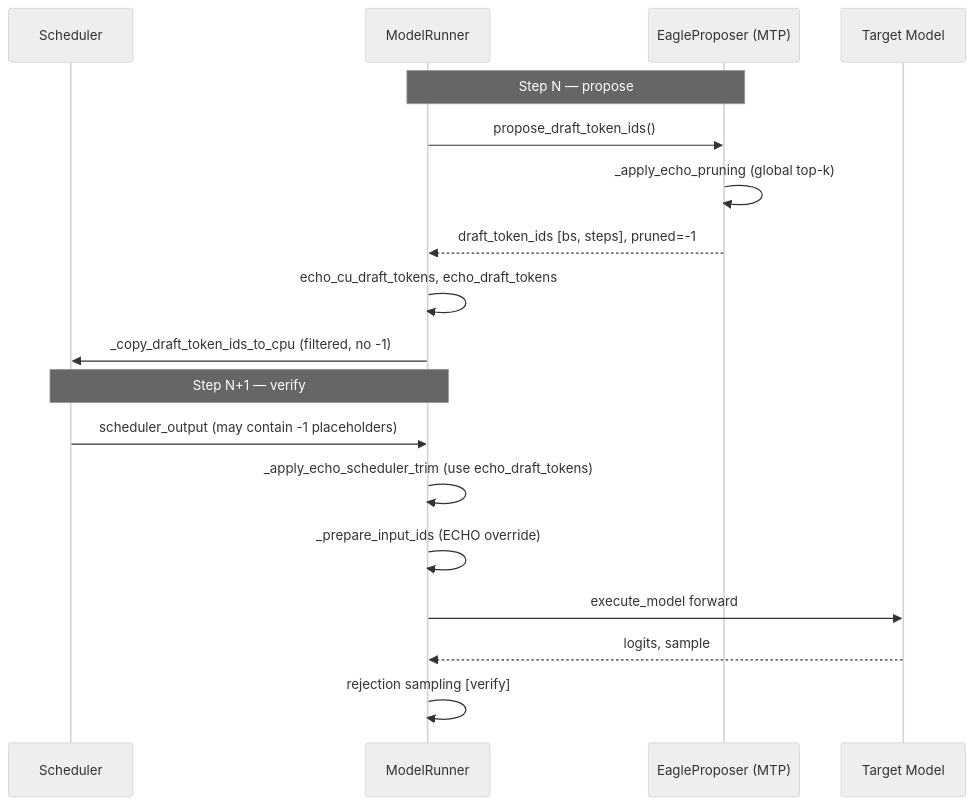
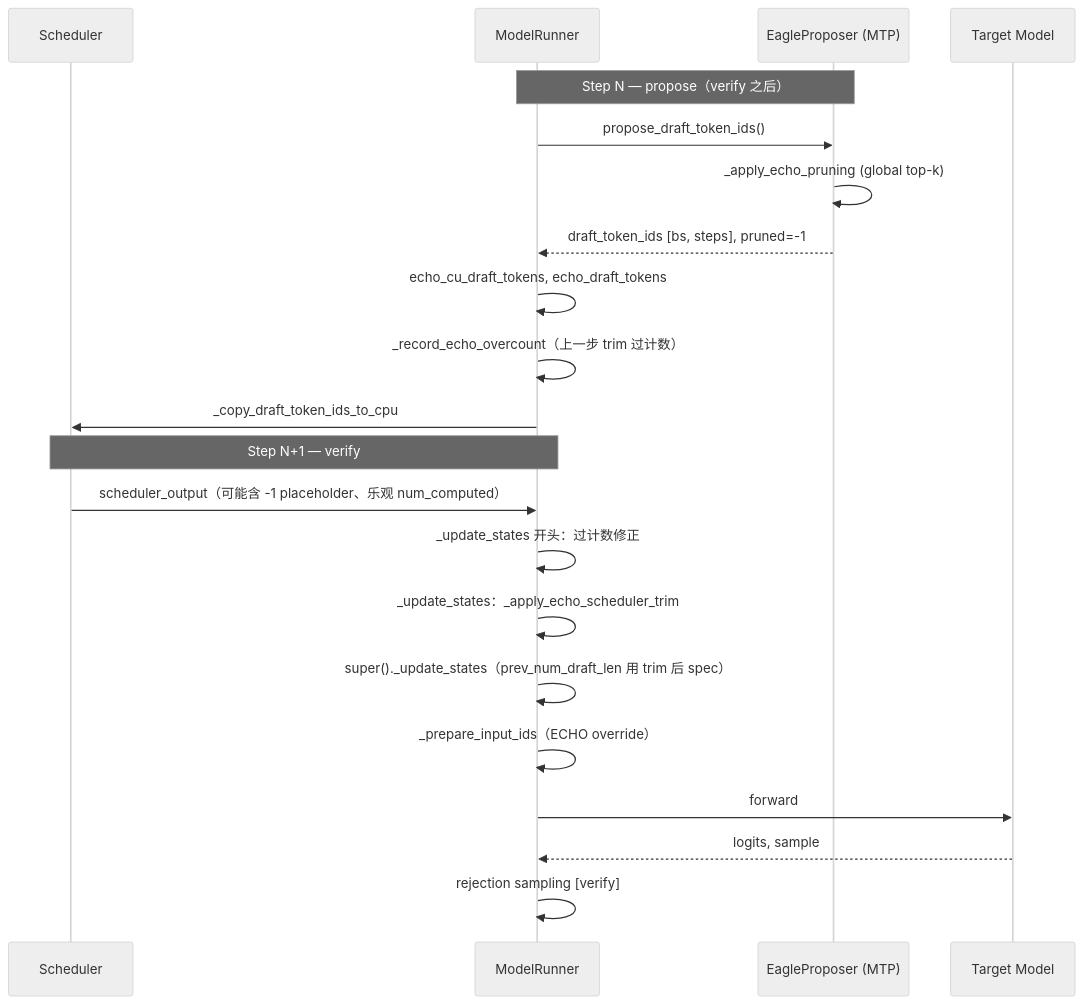
One commit to temp-tyx/echo changed the diagram in echo/02-数据流与架构.md. Above: the diagram before and after it, drawn with Mermaid (neutral theme). The commit also changed other lines of this file and 7 other files, not shown here.

````diff
--- a/echo/02-数据流与架构.md
+++ b/echo/02-数据流与架构.md
@@ -7,22 +7,25 @@
 ```mermaid
 sequenceDiagram
     participant S as Scheduler
     participant MR as ModelRunner
     participant D as EagleProposer (MTP)
     participant T as Target Model
 
-    Note over MR,D: Step N — propose
+    Note over MR,D: Step N — propose（verify 之后）
     MR->>D: propose_draft_token_ids()
     D->>D: _apply_echo_pruning (global top-k)
     D-->>MR: draft_token_ids [bs, steps], pruned=-1
     MR->>MR: echo_cu_draft_tokens, echo_draft_tokens
-    MR->>S: _copy_draft_token_ids_to_cpu (filtered, no -1)
+    MR->>MR: _record_echo_overcount（上一步 trim 过计数）
+    MR->>S: _copy_draft_token_ids_to_cpu
 
     Note over S,MR: Step N+1 — verify
-    S->>MR: scheduler_output (may contain -1 placeholders)
-    MR->>MR: _apply_echo_scheduler_trim (use echo_draft_tokens)
-    MR->>MR: _prepare_input_ids (ECHO override)
-    MR->>T: execute_model forward
+    S->>MR: scheduler_output（可能含 -1 placeholder、乐观 num_computed）
+    MR->>MR: _update_states 开头：过计数修正
+    MR->>MR: _update_states：_apply_echo_scheduler_trim
+    MR->>MR: super()._update_states（prev_num_draft_len 用 trim 后 spec）
+    MR->>MR: _prepare_input_ids（ECHO override）
+    MR->>T: forward
     T-->>MR: logits, sample
     MR->>MR: rejection sampling [verify]
 ```
````
